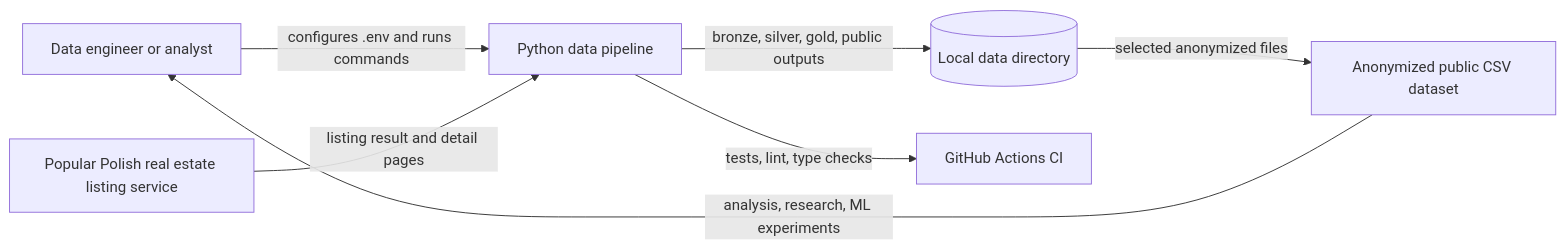
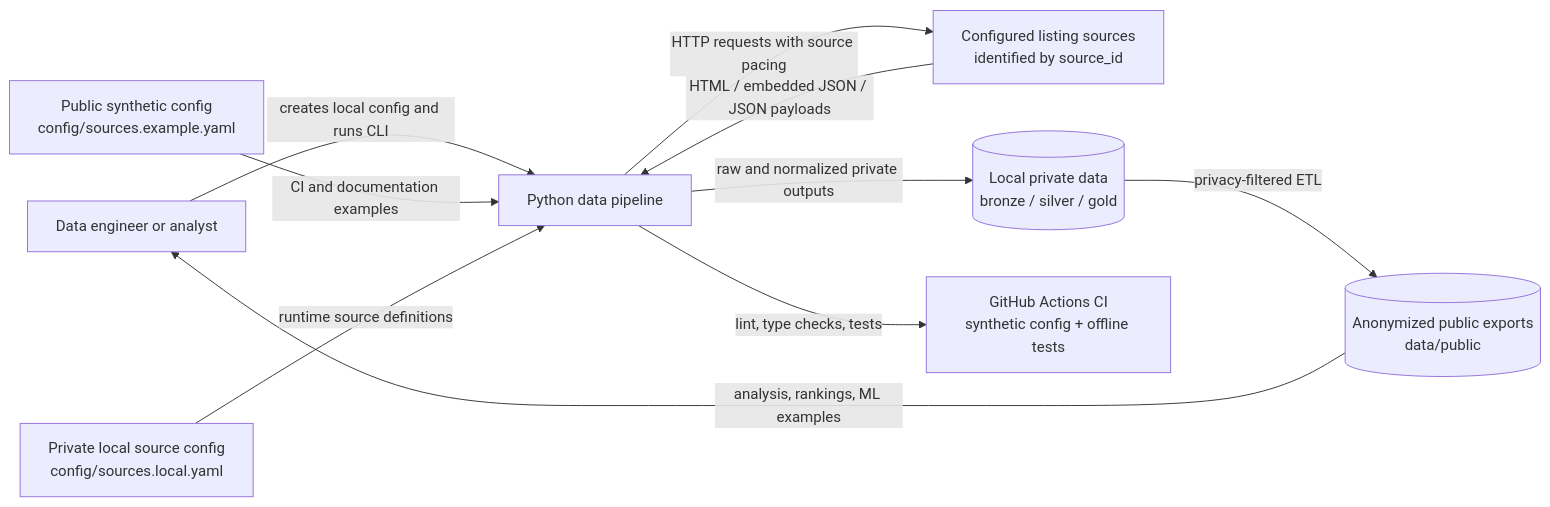
One commit to bi3lu/polish-real-estate-price-aggregates changed the diagram in docs/system-context.md. Above: the diagram before and after it, drawn with Mermaid. The commit also changed other lines of this file and 49 other files, not shown here.

````diff
--- a/docs/system-context.md
+++ b/docs/system-context.md
@@ -3,17 +3,21 @@
 ```mermaid
 flowchart LR
     user[Data engineer or analyst]
-    source[Popular Polish real estate listing service]
+    local_config[Private local source config<br/>config/sources.local.yaml]
+    example_config[Public synthetic config<br/>config/sources.example.yaml]
+    sources[Configured listing sources<br/>identified by source_id]
     repo[Python data pipeline]
-    local[(Local data directory)]
-    public[Anonymized public CSV dataset]
-    ci[GitHub Actions CI]
+    private_data[(Local private data<br/>bronze / silver / gold)]
+    public_data[(Anonymized public exports<br/>data/public)]
+    ci[GitHub Actions CI<br/>synthetic config + offline tests]
 
-    user -->|configures .env and runs commands| repo
-    source -->|listing result and detail pages| repo
-    repo -->|bronze, silver, gold, public outputs| local
-    local -->|selected anonymized files| public
-    repo -->|tests, lint, type checks| ci
-
-    public -->|analysis, research, ML experiments| user
+    user -->|creates local config and runs CLI| repo
+    example_config -->|CI and documentation examples| repo
+    local_config -->|runtime source definitions| repo
+    repo -->|HTTP requests with source pacing| sources
+    sources -->|HTML / embedded JSON / JSON payloads| repo
+    repo -->|raw and normalized private outputs| private_data
+    private_data -->|privacy-filtered ETL| public_data
+    public_data -->|analysis, rankings, ML examples| user
+    repo -->|lint, type checks, tests| ci
 ```
````
